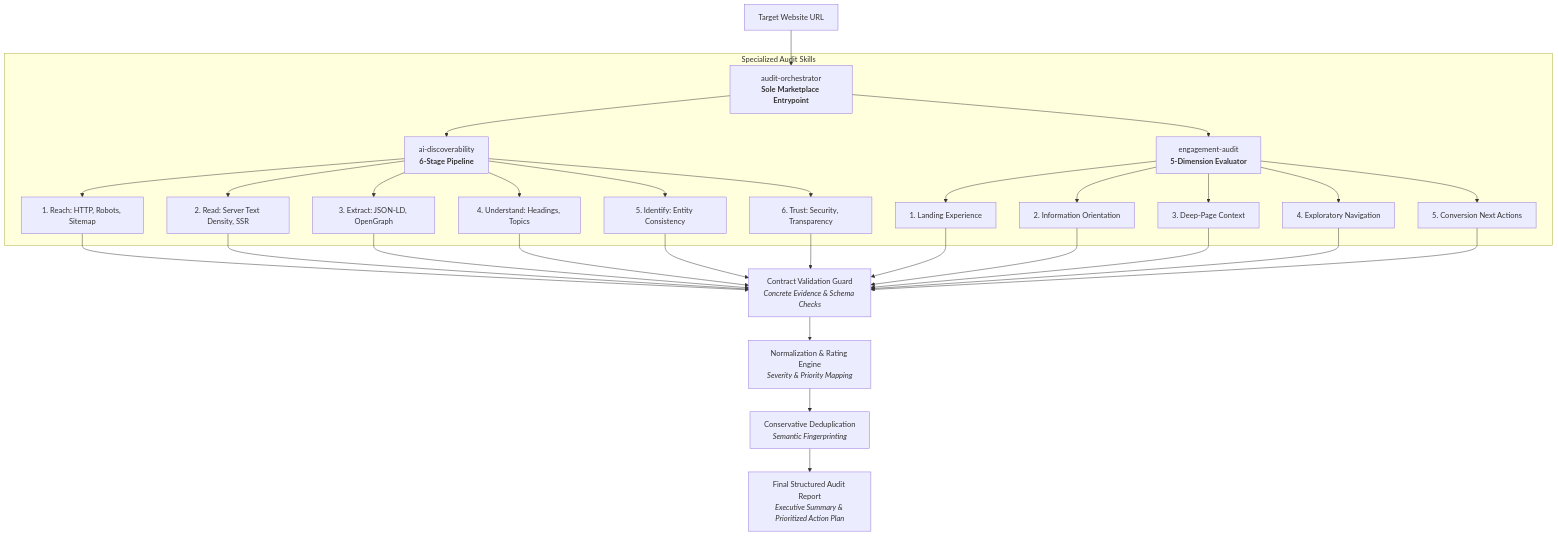
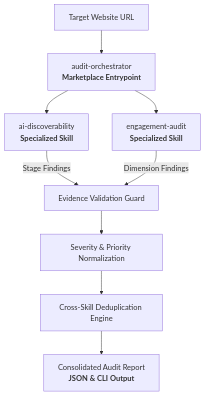
Before and after one commit to lakshya0101/AI-Readiness-Agent-Marketplace: the diagram in README.md, drawn with Mermaid. The commit also changed other lines of this file, not shown here.

````diff
--- a/README.md
+++ b/README.md
@@ -57,29 +64,14 @@
 ```mermaid
 graph TD
-    A[Target Website URL] --> B[audit-orchestrator<br/><b>Sole Marketplace Entrypoint</b>]
+    A[Target Website URL] --> B[audit-orchestrator<br/><b>Marketplace Entrypoint</b>]
     
-    subgraph Specialized Audit Skills
-        B --> C[ai-discoverability<br/><b>6-Stage Pipeline</b>]
-        B --> D[engagement-audit<br/><b>5-Dimension Evaluator</b>]
-        
-        C --> C1[1. Reach: HTTP, Robots, Sitemap]
-        C --> C2[2. Read: Server Text Density, SSR]
-        C --> C3[3. Extract: JSON-LD, OpenGraph]
-        C --> C4[4. Understand: Headings, Topics]
-        C --> C5[5. Identify: Entity Consistency]
-        C --> C6[6. Trust: Security, Transparency]
-        
-        D --> D1[1. Landing Experience]
-        D --> D2[2. Information Orientation]
-        D --> D3[3. Deep-Page Context]
-        D --> D4[4. Exploratory Navigation]
-        D --> D5[5. Conversion Next Actions]
-    end
+    B --> C[ai-discoverability<br/><b>Specialized Skill</b>]
+    B --> D[engagement-audit<br/><b>Specialized Skill</b>]
     
-    C1 & C2 & C3 & C4 & C5 & C6 --> E[Contract Validation Guard<br/><i>Concrete Evidence & Schema Checks</i>]
-    D1 & D2 & D3 & D4 & D5 --> E
+    C -->|Stage Findings| E[Evidence Validation Guard]
+    D -->|Dimension Findings| E
     
-    E --> F[Normalization & Rating Engine<br/><i>Severity & Priority Mapping</i>]
-    F --> G[Conservative Deduplication<br/><i>Semantic Fingerprinting</i>]
-    G --> H[Final Structured Audit Report<br/><i>Executive Summary & Prioritized Action Plan</i>]
+    E --> F[Severity & Priority Normalization]
+    F --> G[Cross-Skill Deduplication Engine]
+    G --> H[Consolidated Audit Report<br/><b>JSON & CLI Output</b>]
 ```
````
